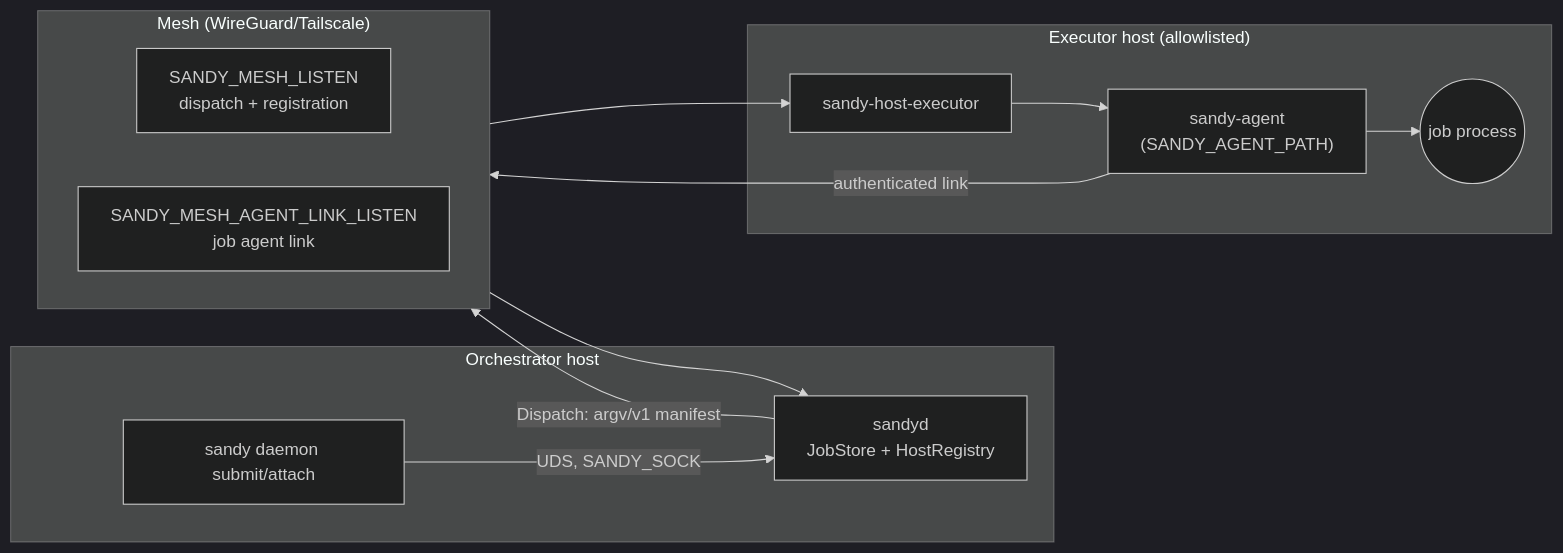
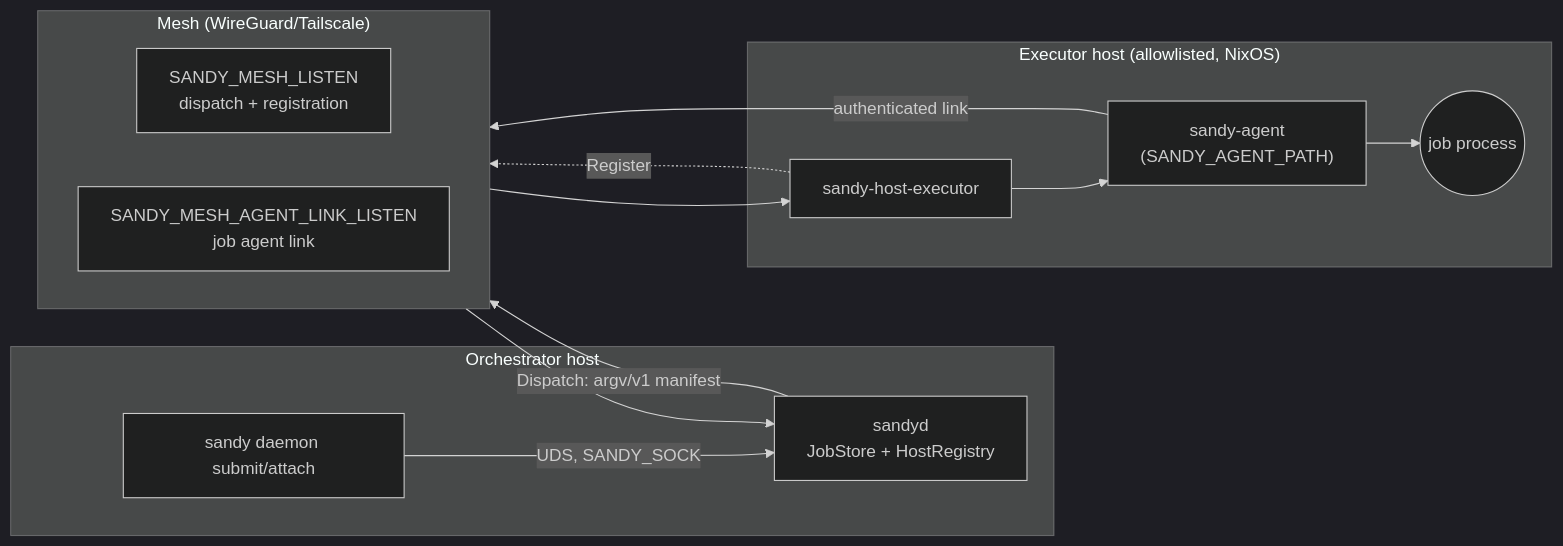
The second of 2 diagrams in README.md (kauki-labs/sandy), drawn with Mermaid (dark theme) before and after one commit. The commit also changed other lines of this file, not shown here.

````diff
--- a/README.md
+++ b/README.md
@@ -123,19 +124,20 @@
 ```mermaid
 flowchart LR
   subgraph orch["Orchestrator host"]
     cli["sandy daemon submit/attach"] -->|UDS, SANDY_SOCK| sandyd["sandyd<br/>JobStore + HostRegistry"]
   end
   subgraph mesh["Mesh (WireGuard/Tailscale)"]
     direction LR
     chan1["SANDY_MESH_LISTEN<br/>dispatch + registration"]
     chan2["SANDY_MESH_AGENT_LINK_LISTEN<br/>job agent link"]
   end
-  subgraph exec["Executor host (allowlisted)"]
+  subgraph exec["Executor host (allowlisted, NixOS)"]
     hostexec["sandy-host-executor"] --> agent["sandy-agent<br/>(SANDY_AGENT_PATH)"]
     agent --> job(("job process"))
   end
+  hostexec -.->|Register| chan1
   sandyd -->|Dispatch: argv/v1 manifest| chan1
   chan1 --> hostexec
   agent -->|authenticated link| chan2
   chan2 --> sandyd
 ```
````
